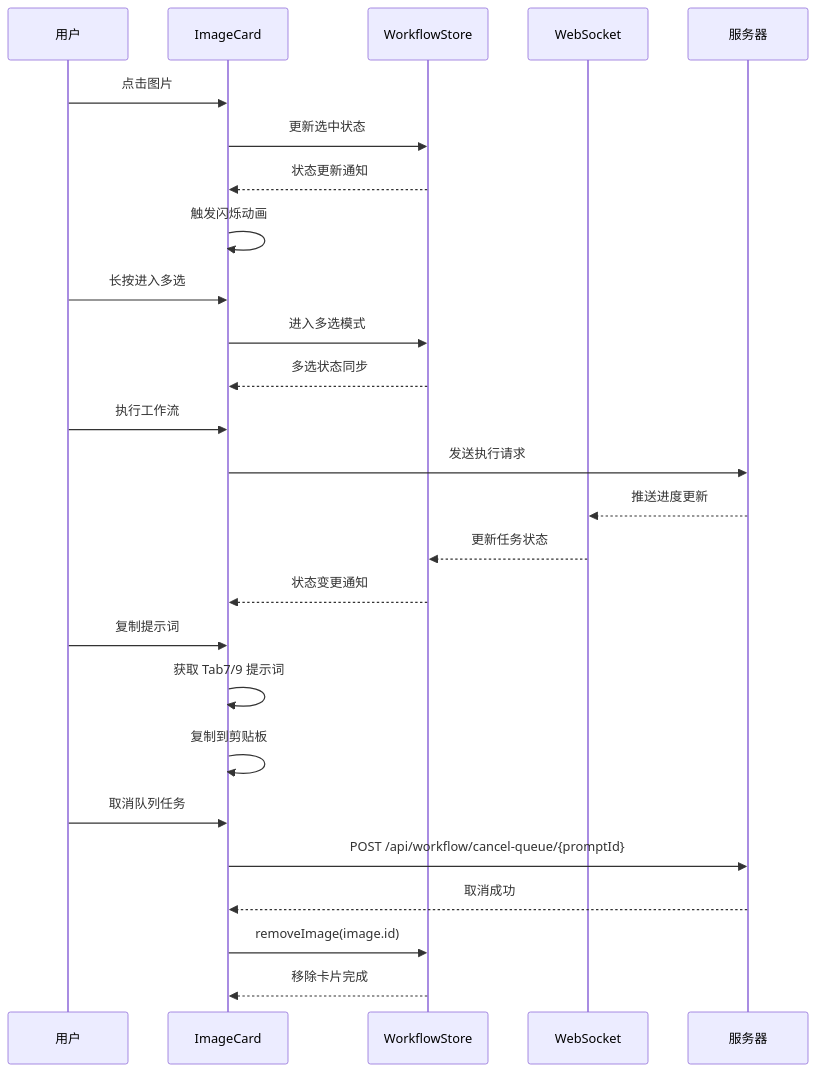
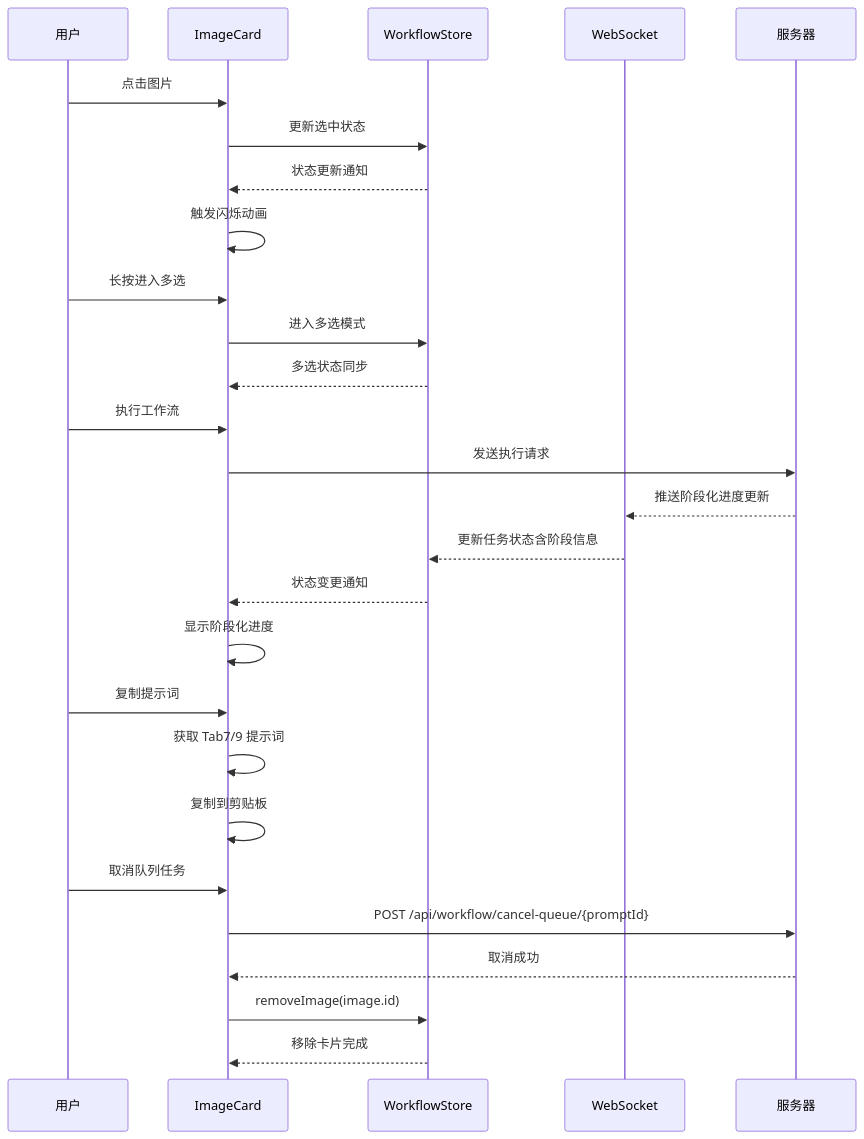
Before and after one commit to billye220670/CorineKit_Pix2Real: the second of 8 diagrams in .qoder/repowiki/zh/content/用户界面组件/核心界面组件/图片卡片组件 (ImageCard)/图片卡片组件 (ImageCard).md, drawn with Mermaid. The commit also changed other lines of this file and 13 other files, not shown here.

````diff
--- a/.qoder/repowiki/zh/content/用户界面组件/核心界面组件/图片卡片组件 (ImageCard)/图片卡片组件 (ImageCard).md
+++ b/.qoder/repowiki/zh/content/用户界面组件/核心界面组件/图片卡片组件 (ImageCard)/图片卡片组件 (ImageCard).md
@@ -131,28 +138,29 @@
 ```mermaid
 sequenceDiagram
 participant User as 用户
 participant IC as ImageCard
 participant UWS as WorkflowStore
 participant WS as WebSocket
 participant Server as 服务器
 User->>IC : 点击图片
 IC->>UWS : 更新选中状态
 UWS-->>IC : 状态更新通知
 IC->>IC : 触发闪烁动画
 User->>IC : 长按进入多选
 IC->>UWS : 进入多选模式
 UWS-->>IC : 多选状态同步
 User->>IC : 执行工作流
 IC->>Server : 发送执行请求
-Server-->>WS : 推送进度更新
-WS-->>UWS : 更新任务状态
+Server-->>WS : 推送阶段化进度更新
+WS-->>UWS : 更新任务状态含阶段信息
 UWS-->>IC : 状态变更通知
+IC->>IC : 显示阶段化进度
 User->>IC : 复制提示词
 IC->>IC : 获取 Tab7/9 提示词
 IC->>IC : 复制到剪贴板
 User->>IC : 取消队列任务
 IC->>Server : POST /api/workflow/cancel-queue/{promptId}
 Server-->>IC : 取消成功
 IC->>UWS : removeImage(image.id)
 UWS-->>IC : 移除卡片完成
 ```
````
